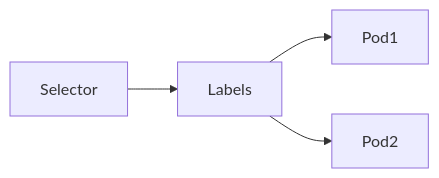
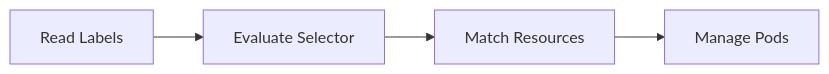
The seventh of 9 diagrams in 02-Detailed-Notes/08-Kubernetes/06-Labels & Selectors.md (akshayachar03/DevOps-Learning), drawn with Mermaid before and after one commit. The commit also changed other lines of this file, not shown here.

First line of the commit message:
Revise Kubernetes Labels & Selectors documentation

````diff
--- a/02-Detailed-Notes/08-Kubernetes/06-Labels & Selectors.md
+++ b/02-Detailed-Notes/08-Kubernetes/06-Labels & Selectors.md
@@ -509,11 +530,9 @@
 ```mermaid
 flowchart LR
+    A[Read Labels]
+    B[Evaluate Selector]
+    C[Match Resources]
+    D[Manage Pods]
 
-Selector
-
-Selector --> Labels
-
-Labels --> Pod1
-
-Labels --> Pod2
+    A --> B --> C --> D
 ```
````
